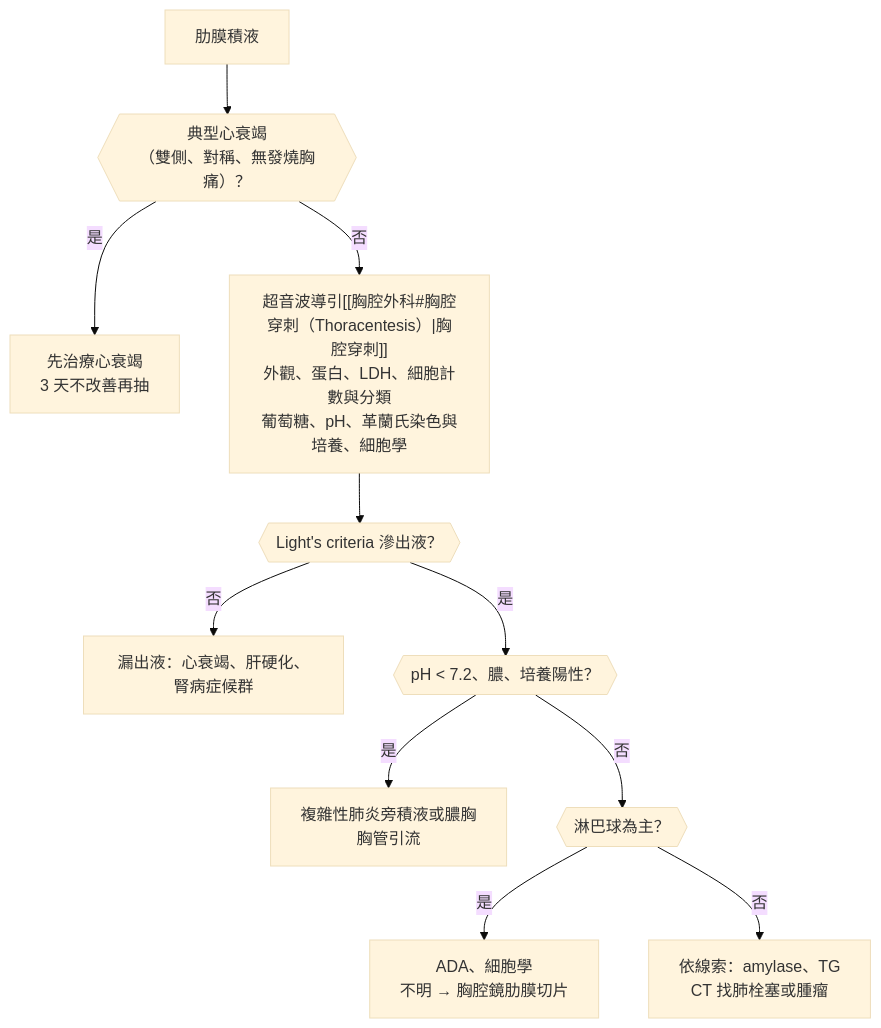
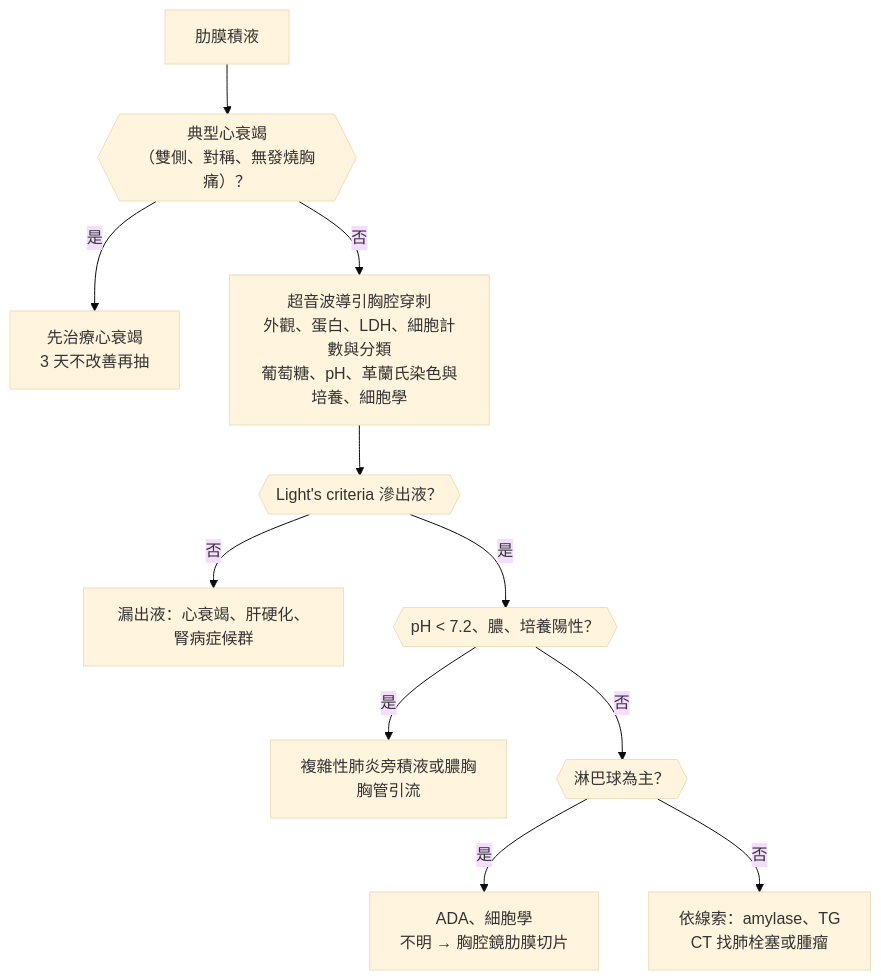
One commit to phantominor/phantomography changed the fifth of 5 diagrams in frontend/content/clinical/complaints/respiratory.md. Above: the diagram before and after it, drawn with Mermaid (base theme). The commit also changed 6 other files, not shown here.

````diff
--- a/frontend/content/clinical/complaints/respiratory.md
+++ b/frontend/content/clinical/complaints/respiratory.md
@@ -924,13 +924,13 @@
 ```mermaid 肋膜積液的評估
 flowchart TD
   A["肋膜積液"]:::start --> B{{"典型心衰竭<br/>（雙側、對稱、無發燒胸痛）？"}}
   B -->|"是"| C["先治療心衰竭<br/>3 天不改善再抽"]:::key
-  B -->|"否"| D["超音波導引[[胸腔外科#胸腔穿刺（Thoracentesis）|胸腔穿刺]]<br/>外觀、蛋白、LDH、細胞計數與分類<br/>葡萄糖、pH、革蘭氏染色與培養、細胞學"]
+  B -->|"否"| D["超音波導引胸腔穿刺<br/>外觀、蛋白、LDH、細胞計數與分類<br/>葡萄糖、pH、革蘭氏染色與培養、細胞學"]
   D --> E{{"Light's criteria 滲出液？"}}
   E -->|"否"| F["漏出液：心衰竭、肝硬化、腎病症候群"]:::key
   E -->|"是"| G{{"pH #60; 7.2、膿、培養陽性？"}}
   G -->|"是"| H["複雜性肺炎旁積液或膿胸<br/>胸管引流"]:::danger
   G -->|"否"| I{{"淋巴球為主？"}}
   I -->|"是"| J["ADA、細胞學<br/>不明 → 胸腔鏡肋膜切片"]:::key
   I -->|"否"| K["依線索：amylase、TG<br/>CT 找肺栓塞或腫瘤"]:::key
 ```
````
